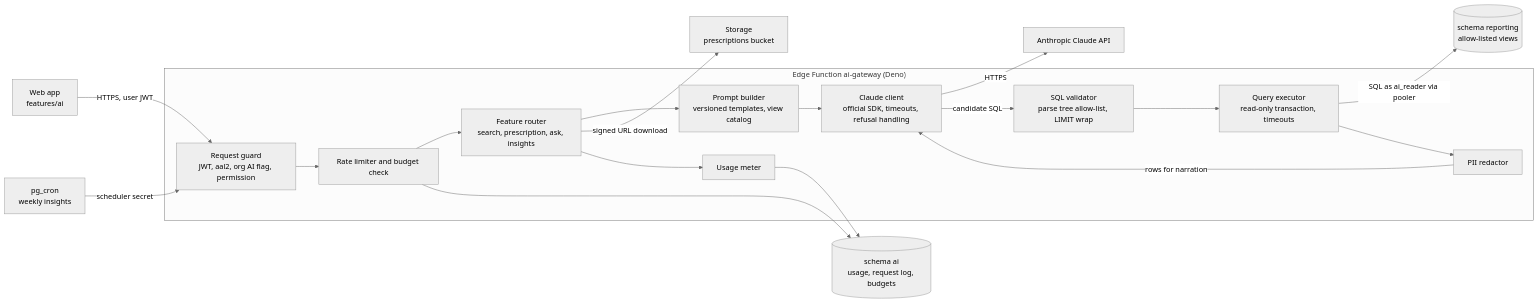
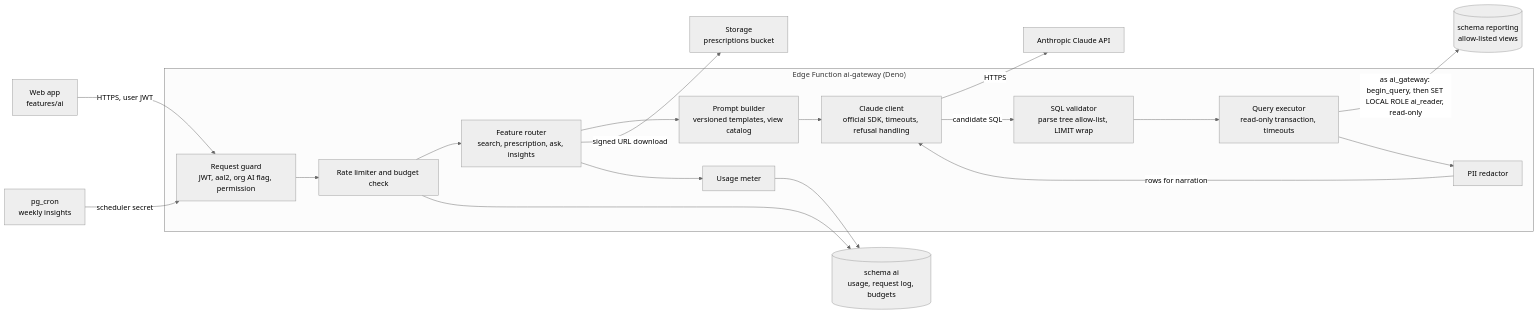
One commit to msasomrat/Pharmacy_Inventory changed diagram 15 of 15 in docs/architecture/architecture.md. Above: the diagram before and after it, drawn with Mermaid (neutral theme). The commit also changed other lines of this file and 17 other files, not shown here.

````diff
--- a/docs/architecture/architecture.md
+++ b/docs/architecture/architecture.md
@@ -1708,36 +1731,36 @@
 ```mermaid
 flowchart LR
   spa["Web app<br/>features/ai"]
   cronjob["pg_cron<br/>weekly insights"]
   claude["Anthropic Claude API"]
   views[("schema reporting<br/>allow-listed views")]
   usage[("schema ai<br/>usage, request log, budgets")]
   stor["Storage<br/>prescriptions bucket"]
 
   subgraph gw["Edge Function ai-gateway (Deno)"]
     guard["Request guard<br/>JWT, aal2, org AI flag, permission"]
     limiter["Rate limiter and budget check"]
     router["Feature router<br/>search, prescription, ask, insights"]
     prompts["Prompt builder<br/>versioned templates, view catalog"]
     llm["Claude client<br/>official SDK, timeouts, refusal handling"]
     validator["SQL validator<br/>parse tree allow-list, LIMIT wrap"]
     executor["Query executor<br/>read-only transaction, timeouts"]
     redactor["PII redactor"]
     meter["Usage meter"]
   end
 
   spa -->|"HTTPS, user JWT"| guard
   cronjob -->|"scheduler secret"| guard
   guard --> limiter --> router
   router --> prompts --> llm
   llm -->|"HTTPS"| claude
   llm -->|"candidate SQL"| validator
   validator --> executor
-  executor -->|"SQL as ai_reader via pooler"| views
+  executor -->|"as ai_gateway: begin_query, then SET LOCAL ROLE ai_reader, read-only"| views
   executor --> redactor
   redactor -->|"rows for narration"| llm
   router -->|"signed URL download"| stor
   limiter --> usage
   meter --> usage
   router --> meter
 ```
````
